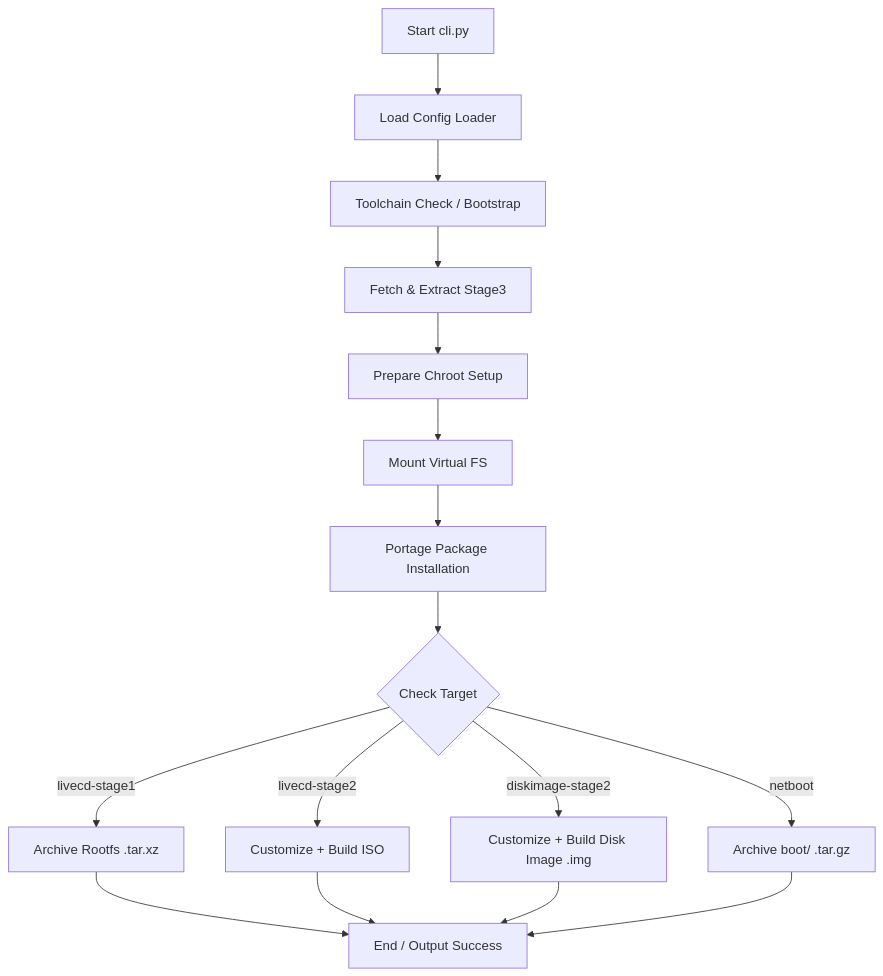
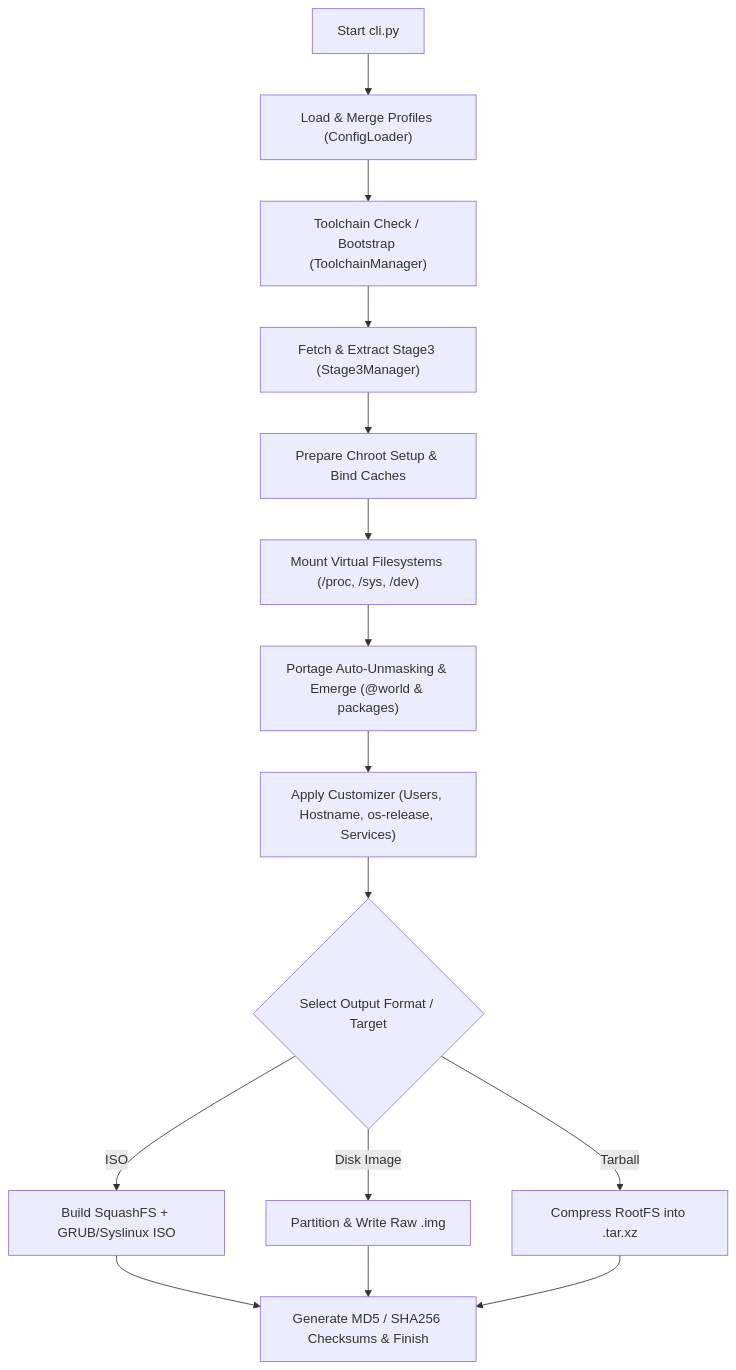
One commit to acoroslinux/gentoo-builder changed the diagram in docs/architecture.md. Above: the diagram before and after it, drawn with Mermaid. The commit also changed other lines of this file and 31 other files, not shown here.

Commit message:
feat: inject default xorg/wayland profiles and update customizer configuration logic

````diff
--- a/docs/architecture.md
+++ b/docs/architecture.md
@@ -36,18 +42,17 @@
 ```mermaid
 graph TD
-    A[Start cli.py] --> B[Load Config Loader]
-    B --> C[Toolchain Check / Bootstrap]
-    C --> D[Fetch & Extract Stage3]
-    D --> E[Prepare Chroot Setup]
-    E --> F[Mount Virtual FS]
-    F --> G[Portage Package Installation]
-    G --> H{Check Target}
-    H -->|livecd-stage1| I[Archive Rootfs .tar.xz]
-    H -->|livecd-stage2| J[Customize + Build ISO]
-    H -->|diskimage-stage2| K[Customize + Build Disk Image .img]
-    H -->|netboot| L[Archive boot/ .tar.gz]
-    I --> M[End / Output Success]
-    J --> M
+    A["Start cli.py"] --> B["Load & Merge Profiles (ConfigLoader)"]
+    B --> C["Toolchain Check / Bootstrap (ToolchainManager)"]
+    C --> D["Fetch & Extract Stage3 (Stage3Manager)"]
+    D --> E["Prepare Chroot Setup & Bind Caches"]
+    E --> F["Mount Virtual Filesystems (/proc, /sys, /dev)"]
+    F --> G["Portage Auto-Unmasking & Emerge (@world & packages)"]
+    G --> H["Apply Customizer (Users, Hostname, os-release, Services)"]
+    H --> I{"Select Output Format / Target"}
+    I -->|ISO| J["Build SquashFS + GRUB/Syslinux ISO"]
+    I -->|Disk Image| K["Partition & Write Raw .img"]
+    I -->|Tarball| L["Compress RootFS into .tar.xz"]
+    J --> M["Generate MD5 / SHA256 Checksums & Finish"]
     K --> M
     L --> M
 ```
````
